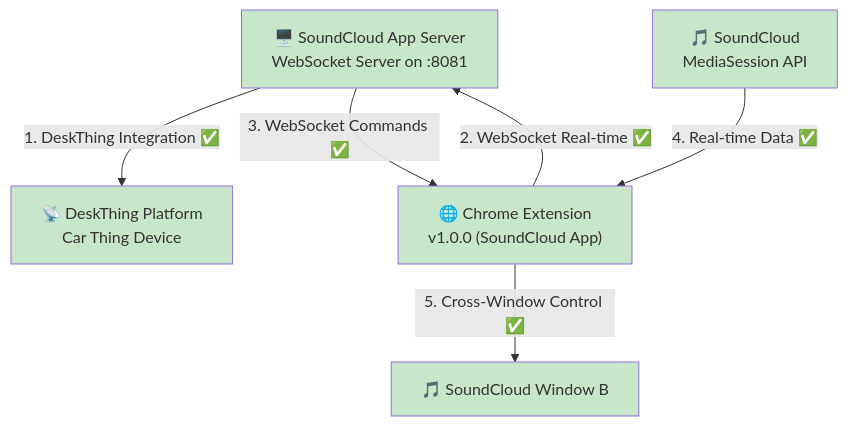
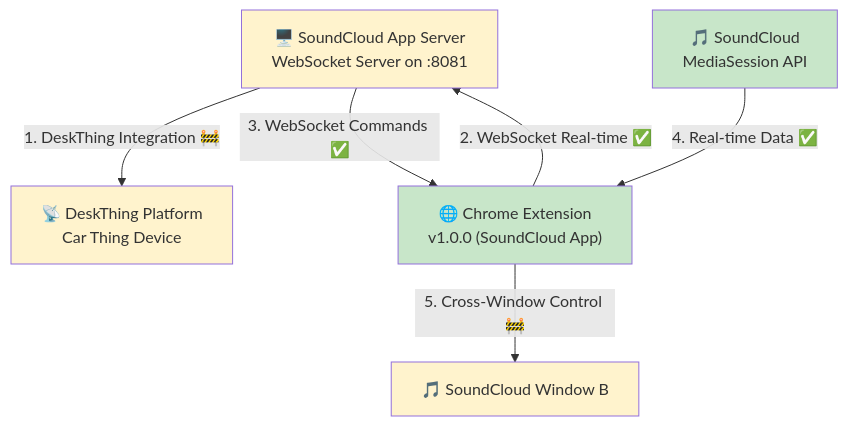
One commit to ItsRiprod/Deskthing-Apps changed the first of 2 diagrams in soundcloud/ARCHITECTURE.md. Above: the diagram before and after it, drawn with Mermaid. The commit also changed other lines of this file and 3 other files, not shown here.

Commit message:
Update architecture and status documentation to reflect BETA implementation for SoundCloud app

````diff
--- a/soundcloud/ARCHITECTURE.md
+++ b/soundcloud/ARCHITECTURE.md
@@ -9,15 +9,15 @@
 ```mermaid
 graph TD
-    A["🖥️ SoundCloud App Server<br/>WebSocket Server on :8081"] -->|"1. DeskThing Integration ✅"| B["📡 DeskThing Platform<br/>Car Thing Device"]
+    A["🖥️ SoundCloud App Server<br/>WebSocket Server on :8081"] -->|"1. DeskThing Integration 🚧"| B["📡 DeskThing Platform<br/>Car Thing Device"]
     C["🌐 Chrome Extension<br/>v1.0.0 (SoundCloud App)"] -->|"2. WebSocket Real-time ✅"| A
     A -->|"3. WebSocket Commands ✅"| C
     
     D["🎵 SoundCloud<br/>MediaSession API"] -->|"4. Real-time Data ✅"| C
-    C -->|"5. Cross-Window Control ✅"| E["🎵 SoundCloud Window B"]
+    C -->|"5. Cross-Window Control 🚧"| E["🎵 SoundCloud Window B"]
     
-    style A fill:#c8e6c9
-    style B fill:#c8e6c9
+    style A fill:#fff3cd
+    style B fill:#fff3cd
     style C fill:#c8e6c9
     style D fill:#c8e6c9
-    style E fill:#c8e6c9
+    style E fill:#fff3cd
 ```
````
